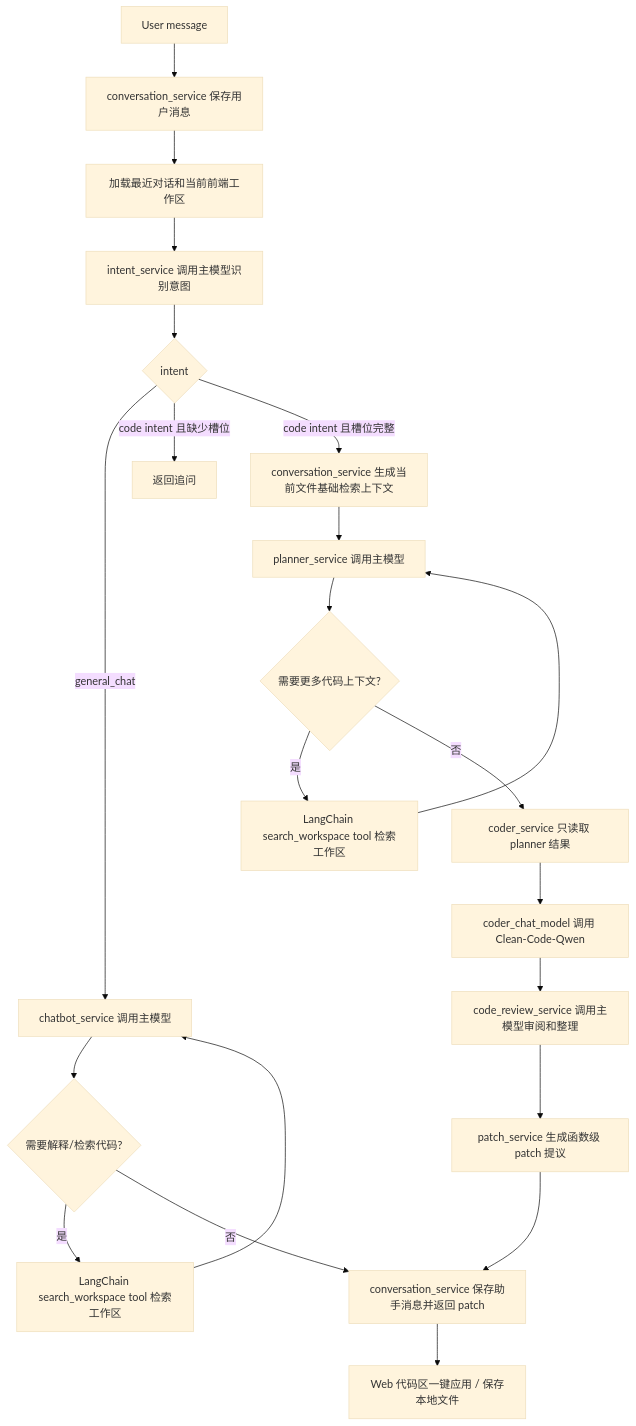
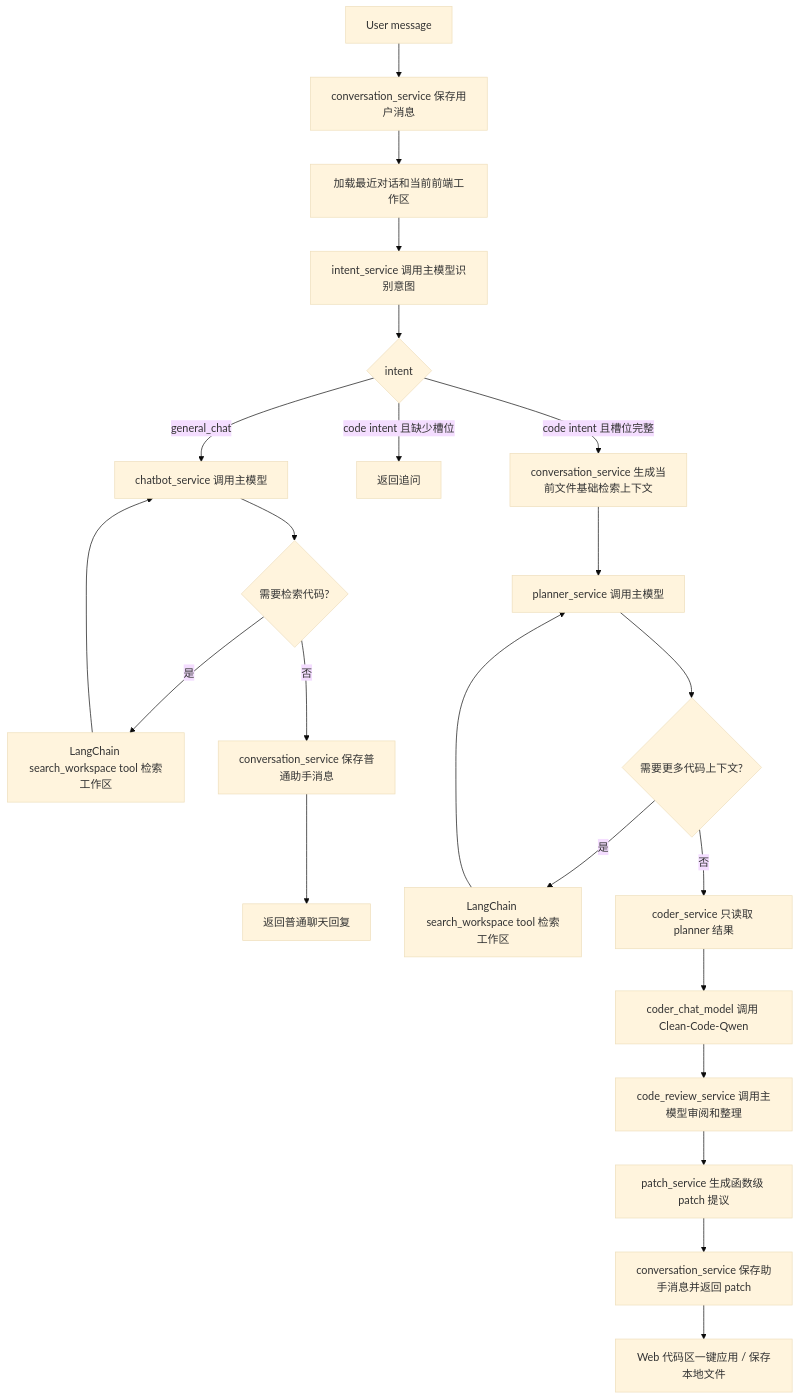
Before and after one commit to iiicellled/Clean-Code-Agent: the first of 2 diagrams in README.md, drawn with Mermaid (base theme). The commit also changed 4 other files, not shown here.

````diff
--- a/README.md
+++ b/README.md
@@ -44,24 +44,25 @@
 ```mermaid
 flowchart TD
     A[User message] --> B[conversation_service 保存用户消息]
     B --> C[加载最近对话和当前前端工作区]
     C --> D[intent_service 调用主模型识别意图]
     D --> E{intent}
     E -->|general_chat| F[chatbot_service 调用主模型]
-    F --> F1{需要解释/检索代码?}
+    F --> F1{需要检索代码?}
     F1 -->|是| F2[LangChain search_workspace tool 检索工作区]
     F2 --> F
-    F1 -->|否| N[conversation_service 保存助手消息]
+    F1 -->|否| N1[conversation_service 保存普通助手消息]
+    N1 --> N2[返回普通聊天回复]
     E -->|code intent 且缺少槽位| G[返回追问]
     E -->|code intent 且槽位完整| H[conversation_service 生成当前文件基础检索上下文]
     H --> I[planner_service 调用主模型]
     I --> I1{需要更多代码上下文?}
     I1 -->|是| I2[LangChain search_workspace tool 检索工作区]
     I2 --> I
     I1 -->|否| J[coder_service 只读取 planner 结果]
     J --> K[coder_chat_model 调用 Clean-Code-Qwen]
     K --> L[code_review_service 调用主模型审阅和整理]
     L --> M[patch_service 生成函数级 patch 提议]
-    M --> N[conversation_service 保存助手消息并返回 patch]
-    N --> O[Web 代码区一键应用 / 保存本地文件]
+    M --> N3[conversation_service 保存助手消息并返回 patch]
+    N3 --> O[Web 代码区一键应用 / 保存本地文件]
 ```
````
